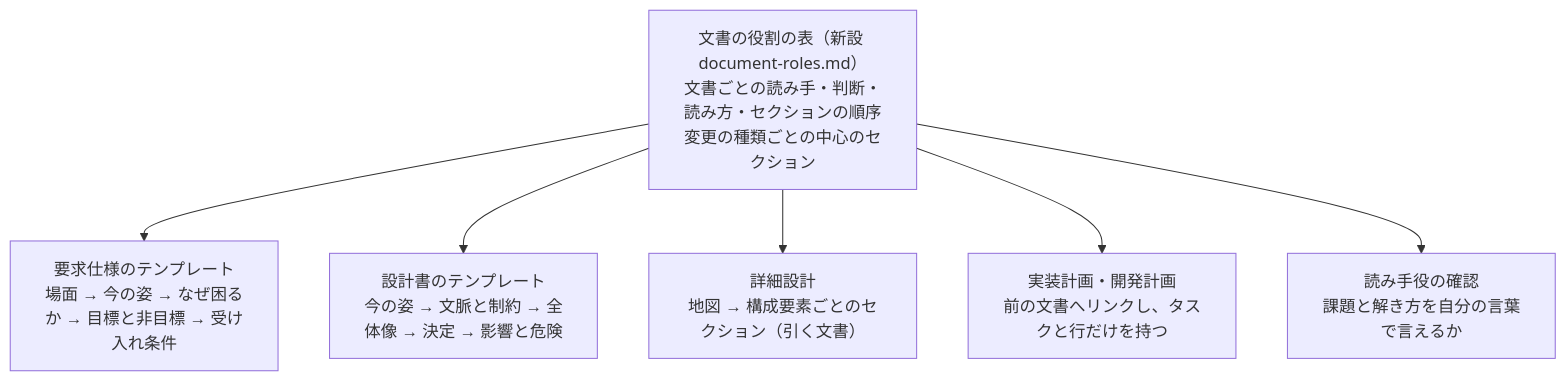
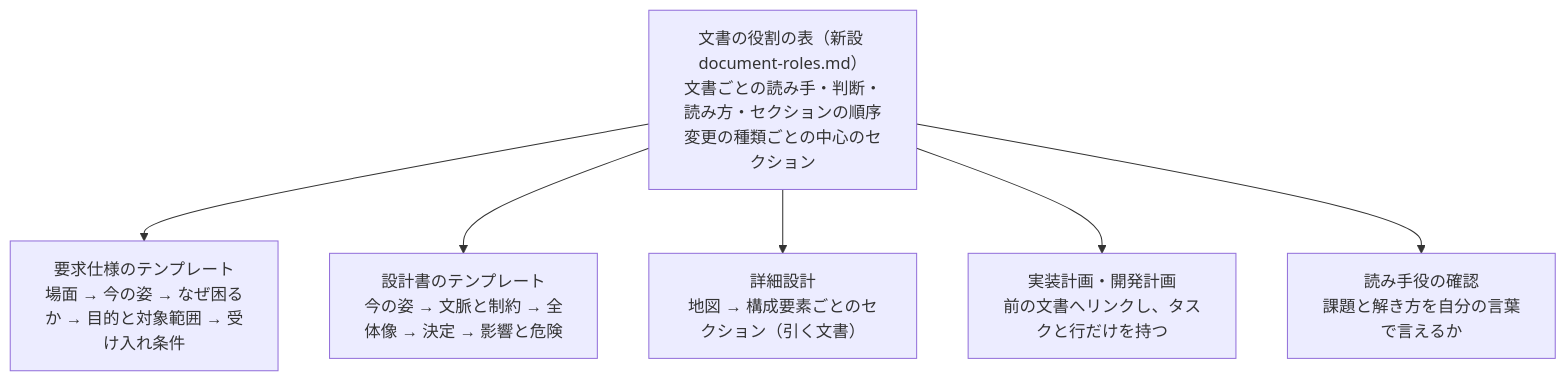
One commit to devbasex/ai-plugins changed the second of 2 diagrams in issues/issue-3868-design.md. Above: the diagram before and after it, drawn with Mermaid. The commit also changed other lines of this file and 4 other files, not shown here.

````diff
--- a/issues/issue-3868-design.md
+++ b/issues/issue-3868-design.md
@@ -42,9 +43,9 @@
 ```mermaid
 graph TB
   ROLES["文書の役割の表（新設 document-roles.md）<br/>文書ごとの読み手・判断・読み方・セクションの順序<br/>変更の種類ごとの中心のセクション"]
-  ROLES --> SPEC["要求仕様のテンプレート<br/>場面 → 今の姿 → なぜ困るか → 目標と非目標 → 受け入れ条件"]
+  ROLES --> SPEC["要求仕様のテンプレート<br/>場面 → 今の姿 → なぜ困るか → 目的と対象範囲 → 受け入れ条件"]
   ROLES --> DES["設計書のテンプレート<br/>今の姿 → 文脈と制約 → 全体像 → 決定 → 影響と危険"]
   ROLES --> DET["詳細設計<br/>地図 → 構成要素ごとのセクション（引く文書）"]
   ROLES --> PLAN["実装計画・開発計画<br/>前の文書へリンクし、タスクと行だけを持つ"]
   ROLES --> RBK["読み手役の確認<br/>課題と解き方を自分の言葉で言えるか"]
 ```
````
